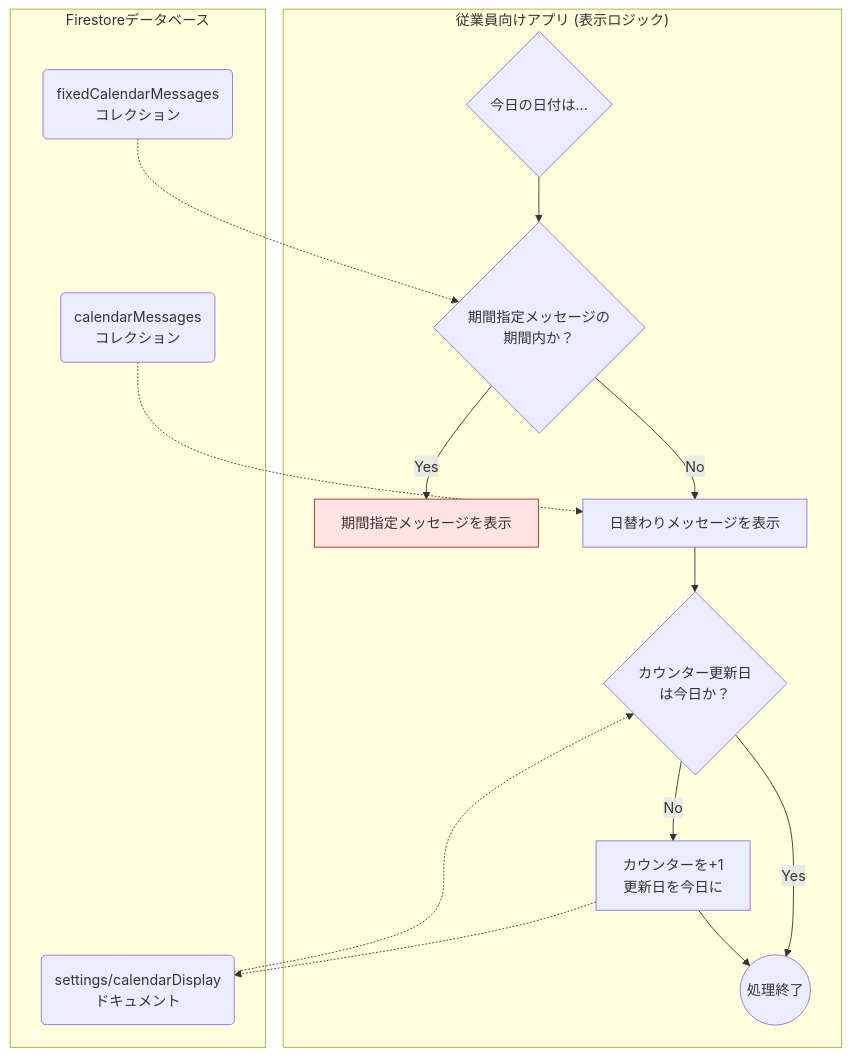
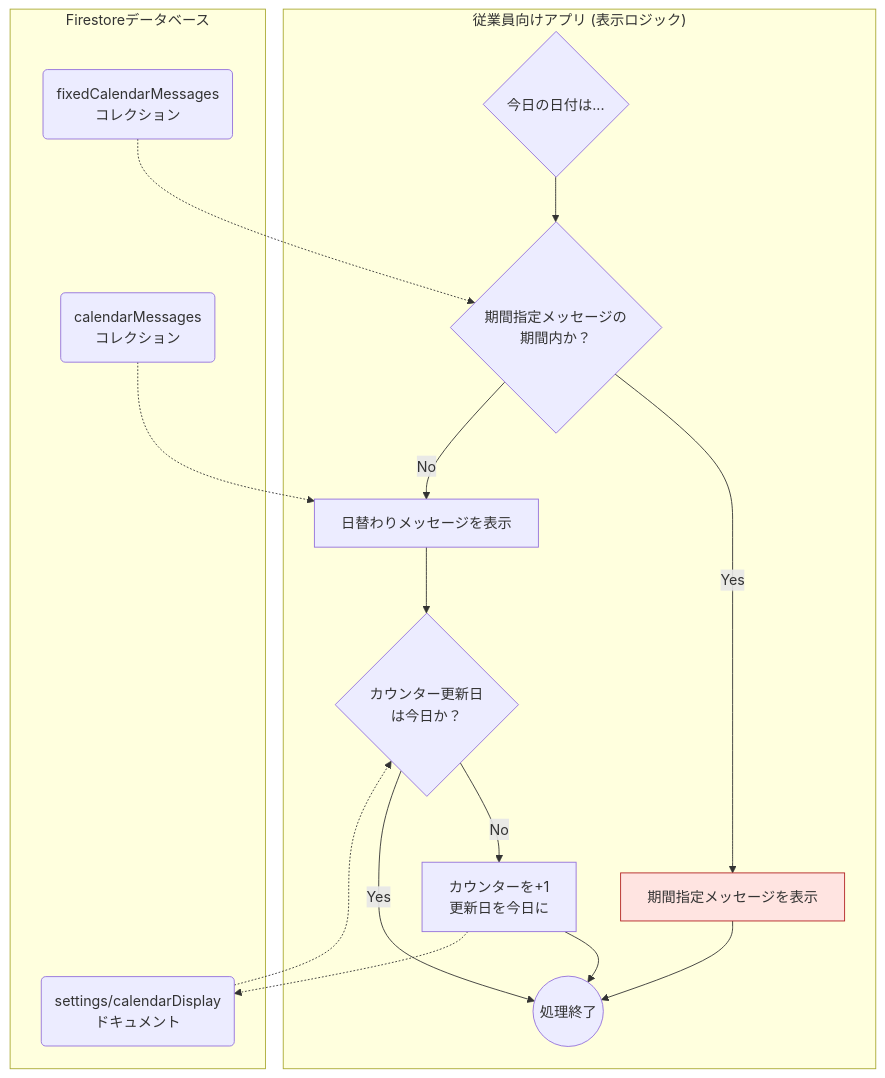
The diagram in docs/calendar_feature_spec.md (sy-YN/Admin_Philos), drawn with Mermaid before and after one commit.

Commit message:
/home/user/studio/docs/calendar_feature_spec.mdの2データベース設計に関してフローチャートがありま

````diff
--- a/docs/calendar_feature_spec.md
+++ b/docs/calendar_feature_spec.md
@@ -15,32 +15,34 @@
 ```mermaid
 graph TD
     subgraph "従業員向けアプリ (表示ロジック)"
         A{今日の日付は...};
         B{期間指定メッセージの<br>期間内か？};
         C[期間指定メッセージを表示];
         D[日替わりメッセージを表示];
         E{カウンター更新日<br>は今日か？};
         F[カウンターを+1<br>更新日を今日に];
+        G((処理終了));
         
         A --> B;
         B -- Yes --> C;
         B -- No --> D;
         D --> E;
         E -- No --> F;
-        E -- Yes --> G((処理終了));
+        E -- Yes --> G;
         F --> G;
+        C --> G
     end
 
     subgraph "Firestoreデータベース"
         F1(fixedCalendarMessages<br>コレクション);
         F2(calendarMessages<br>コレクション);
         F3(settings/calendarDisplay<br>ドキュメント);
 
         F1 -.-> B;
         F2 -.-> D;
         F3 -.-> E;
         F -.-> F3;
     end
 
     style C fill:#ffe4e1,stroke:#b22222
 ```
````
